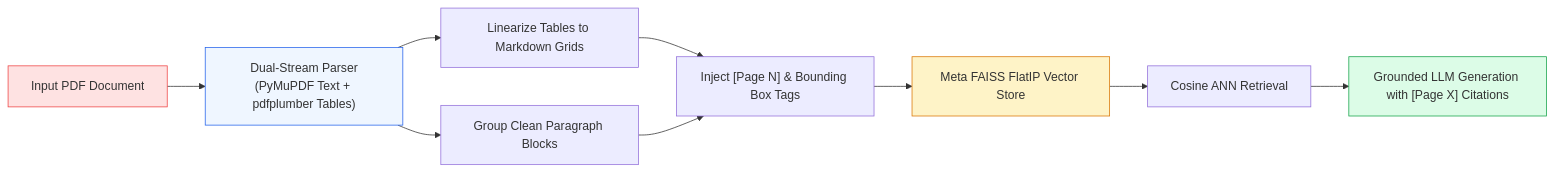
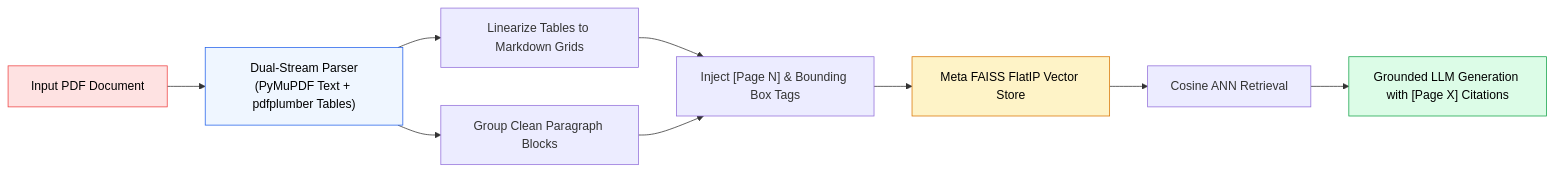
Before and after one commit to swapnil3104/RAG-Engineering: the third of 3 diagrams in 10-Hands-On-Projects/02-PDF-Question-Answering/README.md, drawn with Mermaid. The commit also changed other lines of this file and 108 other files, not shown here.

Commit message:
fix: make chart text visible across all Mermaid diagrams and resolve markdown table formatting issues

````diff
--- a/10-Hands-On-Projects/02-PDF-Question-Answering/README.md
+++ b/10-Hands-On-Projects/02-PDF-Question-Answering/README.md
@@ -481,16 +481,16 @@
 ```mermaid
 flowchart LR
     PDF["Input PDF Document"] --> DualStream["Dual-Stream Parser<br/>(PyMuPDF Text + pdfplumber Tables)"]
     DualStream --> MarkdownTables["Linearize Tables to Markdown Grids"]
     DualStream --> TextBlocks["Group Clean Paragraph Blocks"]
     MarkdownTables --> MetadataEnricher["Inject [Page N] & Bounding Box Tags"]
     TextBlocks --> MetadataEnricher
     MetadataEnricher --> FAISSIndex["Meta FAISS FlatIP Vector Store"]
     FAISSIndex --> Search["Cosine ANN Retrieval"]
     Search --> GroundedLLM["Grounded LLM Generation with [Page X] Citations"]
 
-    style PDF fill:#fee2e2,stroke:#ef4444
-    style DualStream fill:#eff6ff,stroke:#2563eb
-    style FAISSIndex fill:#fef3c7,stroke:#d97706
-    style GroundedLLM fill:#dcfce7,stroke:#16a34a
+    style PDF fill:#fee2e2,stroke:#ef4444,color:#000000
+    style DualStream fill:#eff6ff,stroke:#2563eb,color:#000000
+    style FAISSIndex fill:#fef3c7,stroke:#d97706,color:#000000
+    style GroundedLLM fill:#dcfce7,stroke:#16a34a,color:#000000
 ```
````
